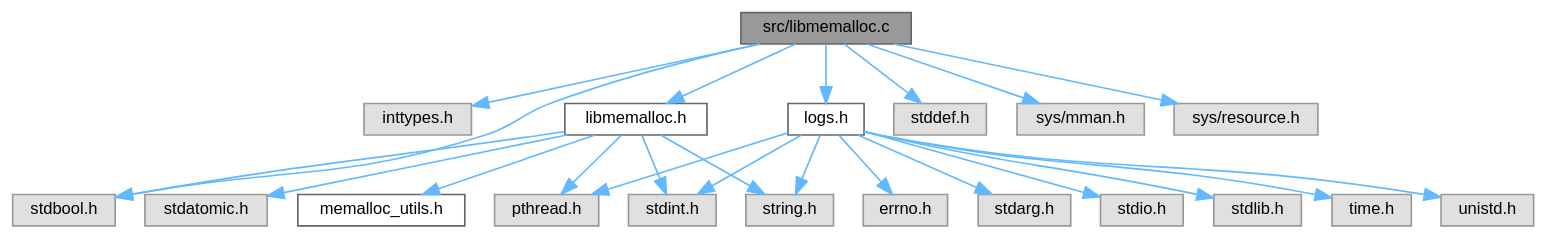
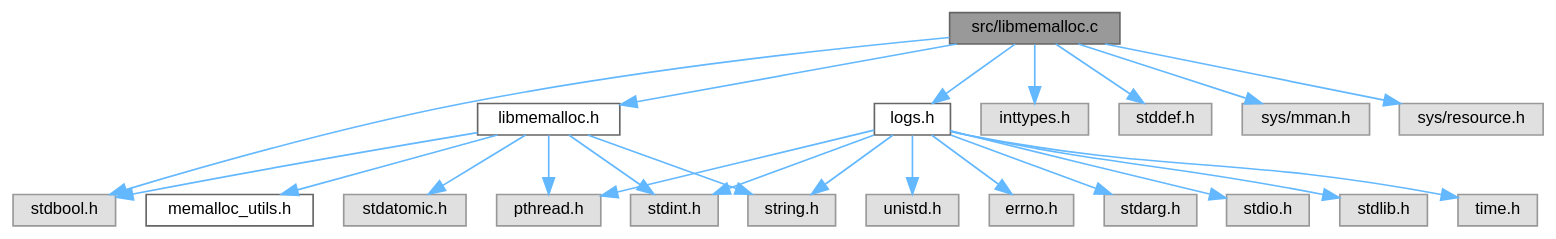
Before and after one commit to RafaelVVolkmer/libmemalloc: the diagram in libmemalloc_8c__incl.dot, drawn with Graphviz. The commit also changed 34 other files, not shown here.

```diff
--- a/libmemalloc_8c__incl.dot
+++ b/libmemalloc_8c__incl.dot
@@ -1,48 +1,48 @@
 digraph "src/libmemalloc.c"
 {
  // LATEX_PDF_SIZE
   bgcolor="transparent";
   edge [fontname=Helvetica,fontsize=10,labelfontname=Helvetica,labelfontsize=10];
   node [fontname=Helvetica,fontsize=10,shape=box,height=0.2,width=0.4];
   Node1 [id="Node000001",label="src/libmemalloc.c",height=0.2,width=0.4,color="gray40", fillcolor="grey60", style="filled", fontcolor="black",tooltip="Core memory management components for libmemalloc."];
   Node1 -> Node2 [id="edge1_Node000001_Node000002",color="steelblue1",style="solid",tooltip=" "];
-  Node2 [id="Node000002",label="inttypes.h",height=0.2,width=0.4,color="grey60", fillcolor="#E0E0E0", style="filled",tooltip=" "];
-  Node1 -> Node3 [id="edge2_Node000001_Node000003",color="steelblue1",style="solid",tooltip=" "];
-  Node3 [id="Node000003",label="stdbool.h",height=0.2,width=0.4,color="grey60", fillcolor="#E0E0E0", style="filled",tooltip=" "];
-  Node1 -> Node4 [id="edge3_Node000001_Node000004",color="steelblue1",style="solid",tooltip=" "];
-  Node4 [id="Node000004",label="stddef.h",height=0.2,width=0.4,color="grey60", fillcolor="#E0E0E0", style="filled",tooltip=" "];
-  Node1 -> Node5 [id="edge4_Node000001_Node000005",color="steelblue1",style="solid",tooltip=" "];
-  Node5 [id="Node000005",label="sys/mman.h",height=0.2,width=0.4,color="grey60", fillcolor="#E0E0E0", style="filled",tooltip=" "];
-  Node1 -> Node6 [id="edge5_Node000001_Node000006",color="steelblue1",style="solid",tooltip=" "];
-  Node6 [id="Node000006",label="sys/resource.h",height=0.2,width=0.4,color="grey60", fillcolor="#E0E0E0", style="filled",tooltip=" "];
-  Node1 -> Node7 [id="edge6_Node000001_Node000007",color="steelblue1",style="solid",tooltip=" "];
-  Node7 [id="Node000007",label="libmemalloc.h",height=0.2,width=0.4,color="grey40", fillcolor="white", style="filled",URL="$libmemalloc_8h.html",tooltip=" "];
-  Node7 -> Node8 [id="edge7_Node000007_Node000008",color="steelblue1",style="solid",tooltip=" "];
-  Node8 [id="Node000008",label="pthread.h",height=0.2,width=0.4,color="grey60", fillcolor="#E0E0E0", style="filled",tooltip=" "];
-  Node7 -> Node9 [id="edge8_Node000007_Node000009",color="steelblue1",style="solid",tooltip=" "];
-  Node9 [id="Node000009",label="stdatomic.h",height=0.2,width=0.4,color="grey60", fillcolor="#E0E0E0", style="filled",tooltip=" "];
-  Node7 -> Node3 [id="edge9_Node000007_Node000003",color="steelblue1",style="solid",tooltip=" "];
-  Node7 -> Node10 [id="edge10_Node000007_Node000010",color="steelblue1",style="solid",tooltip=" "];
-  Node10 [id="Node000010",label="stdint.h",height=0.2,width=0.4,color="grey60", fillcolor="#E0E0E0", style="filled",tooltip=" "];
-  Node7 -> Node11 [id="edge11_Node000007_Node000011",color="steelblue1",style="solid",tooltip=" "];
-  Node11 [id="Node000011",label="string.h",height=0.2,width=0.4,color="grey60", fillcolor="#E0E0E0", style="filled",tooltip=" "];
-  Node7 -> Node12 [id="edge12_Node000007_Node000012",color="steelblue1",style="solid",tooltip=" "];
-  Node12 [id="Node000012",label="memalloc_utils.h",height=0.2,width=0.4,color="grey40", fillcolor="white", style="filled",URL="$memalloc__utils_8h.html",tooltip=" "];
-  Node1 -> Node13 [id="edge13_Node000001_Node000013",color="steelblue1",style="solid",tooltip=" "];
-  Node13 [id="Node000013",label="logs.h",height=0.2,width=0.4,color="grey40", fillcolor="white", style="filled",URL="$logs_8h.html",tooltip="Logging macros and configuration for libmemalloc."];
-  Node13 -> Node14 [id="edge14_Node000013_Node000014",color="steelblue1",style="solid",tooltip=" "];
-  Node14 [id="Node000014",label="errno.h",height=0.2,width=0.4,color="grey60", fillcolor="#E0E0E0", style="filled",tooltip=" "];
-  Node13 -> Node8 [id="edge15_Node000013_Node000008",color="steelblue1",style="solid",tooltip=" "];
-  Node13 -> Node15 [id="edge16_Node000013_Node000015",color="steelblue1",style="solid",tooltip=" "];
-  Node15 [id="Node000015",label="stdarg.h",height=0.2,width=0.4,color="grey60", fillcolor="#E0E0E0", style="filled",tooltip=" "];
-  Node13 -> Node10 [id="edge17_Node000013_Node000010",color="steelblue1",style="solid",tooltip=" "];
-  Node13 -> Node16 [id="edge18_Node000013_Node000016",color="steelblue1",style="solid",tooltip=" "];
-  Node16 [id="Node000016",label="stdio.h",height=0.2,width=0.4,color="grey60", fillcolor="#E0E0E0", style="filled",tooltip=" "];
-  Node13 -> Node17 [id="edge19_Node000013_Node000017",color="steelblue1",style="solid",tooltip=" "];
-  Node17 [id="Node000017",label="stdlib.h",height=0.2,width=0.4,color="grey60", fillcolor="#E0E0E0", style="filled",tooltip=" "];
-  Node13 -> Node11 [id="edge20_Node000013_Node000011",color="steelblue1",style="solid",tooltip=" "];
-  Node13 -> Node18 [id="edge21_Node000013_Node000018",color="steelblue1",style="solid",tooltip=" "];
-  Node18 [id="Node000018",label="time.h",height=0.2,width=0.4,color="grey60", fillcolor="#E0E0E0", style="filled",tooltip=" "];
-  Node13 -> Node19 [id="edge22_Node000013_Node000019",color="steelblue1",style="solid",tooltip=" "];
-  Node19 [id="Node000019",label="unistd.h",height=0.2,width=0.4,color="grey60", fillcolor="#E0E0E0", style="filled",tooltip=" "];
+  Node2 [id="Node000002",label="libmemalloc.h",height=0.2,width=0.4,color="grey40", fillcolor="white", style="filled",URL="$libmemalloc_8h.html",tooltip=" "];
+  Node2 -> Node3 [id="edge2_Node000002_Node000003",color="steelblue1",style="solid",tooltip=" "];
+  Node3 [id="Node000003",label="memalloc_utils.h",height=0.2,width=0.4,color="grey40", fillcolor="white", style="filled",URL="$memalloc__utils_8h.html",tooltip=" "];
+  Node2 -> Node4 [id="edge3_Node000002_Node000004",color="steelblue1",style="solid",tooltip=" "];
+  Node4 [id="Node000004",label="pthread.h",height=0.2,width=0.4,color="grey60", fillcolor="#E0E0E0", style="filled",tooltip=" "];
+  Node2 -> Node5 [id="edge4_Node000002_Node000005",color="steelblue1",style="solid",tooltip=" "];
+  Node5 [id="Node000005",label="stdatomic.h",height=0.2,width=0.4,color="grey60", fillcolor="#E0E0E0", style="filled",tooltip=" "];
+  Node2 -> Node6 [id="edge5_Node000002_Node000006",color="steelblue1",style="solid",tooltip=" "];
+  Node6 [id="Node000006",label="stdbool.h",height=0.2,width=0.4,color="grey60", fillcolor="#E0E0E0", style="filled",tooltip=" "];
+  Node2 -> Node7 [id="edge6_Node000002_Node000007",color="steelblue1",style="solid",tooltip=" "];
+  Node7 [id="Node000007",label="stdint.h",height=0.2,width=0.4,color="grey60", fillcolor="#E0E0E0", style="filled",tooltip=" "];
+  Node2 -> Node8 [id="edge7_Node000002_Node000008",color="steelblue1",style="solid",tooltip=" "];
+  Node8 [id="Node000008",label="string.h",height=0.2,width=0.4,color="grey60", fillcolor="#E0E0E0", style="filled",tooltip=" "];
+  Node1 -> Node9 [id="edge8_Node000001_Node000009",color="steelblue1",style="solid",tooltip=" "];
+  Node9 [id="Node000009",label="logs.h",height=0.2,width=0.4,color="grey40", fillcolor="white", style="filled",URL="$logs_8h.html",tooltip="Logging macros and configuration for libmemalloc."];
+  Node9 -> Node10 [id="edge9_Node000009_Node000010",color="steelblue1",style="solid",tooltip=" "];
+  Node10 [id="Node000010",label="errno.h",height=0.2,width=0.4,color="grey60", fillcolor="#E0E0E0", style="filled",tooltip=" "];
+  Node9 -> Node4 [id="edge10_Node000009_Node000004",color="steelblue1",style="solid",tooltip=" "];
+  Node9 -> Node11 [id="edge11_Node000009_Node000011",color="steelblue1",style="solid",tooltip=" "];
+  Node11 [id="Node000011",label="stdarg.h",height=0.2,width=0.4,color="grey60", fillcolor="#E0E0E0", style="filled",tooltip=" "];
+  Node9 -> Node7 [id="edge12_Node000009_Node000007",color="steelblue1",style="solid",tooltip=" "];
+  Node9 -> Node12 [id="edge13_Node000009_Node000012",color="steelblue1",style="solid",tooltip=" "];
+  Node12 [id="Node000012",label="stdio.h",height=0.2,width=0.4,color="grey60", fillcolor="#E0E0E0", style="filled",tooltip=" "];
+  Node9 -> Node13 [id="edge14_Node000009_Node000013",color="steelblue1",style="solid",tooltip=" "];
+  Node13 [id="Node000013",label="stdlib.h",height=0.2,width=0.4,color="grey60", fillcolor="#E0E0E0", style="filled",tooltip=" "];
+  Node9 -> Node8 [id="edge15_Node000009_Node000008",color="steelblue1",style="solid",tooltip=" "];
+  Node9 -> Node14 [id="edge16_Node000009_Node000014",color="steelblue1",style="solid",tooltip=" "];
+  Node14 [id="Node000014",label="time.h",height=0.2,width=0.4,color="grey60", fillcolor="#E0E0E0", style="filled",tooltip=" "];
+  Node9 -> Node15 [id="edge17_Node000009_Node000015",color="steelblue1",style="solid",tooltip=" "];
+  Node15 [id="Node000015",label="unistd.h",height=0.2,width=0.4,color="grey60", fillcolor="#E0E0E0", style="filled",tooltip=" "];
+  Node1 -> Node16 [id="edge18_Node000001_Node000016",color="steelblue1",style="solid",tooltip=" "];
+  Node16 [id="Node000016",label="inttypes.h",height=0.2,width=0.4,color="grey60", fillcolor="#E0E0E0", style="filled",tooltip=" "];
+  Node1 -> Node6 [id="edge19_Node000001_Node000006",color="steelblue1",style="solid",tooltip=" "];
+  Node1 -> Node17 [id="edge20_Node000001_Node000017",color="steelblue1",style="solid",tooltip=" "];
+  Node17 [id="Node000017",label="stddef.h",height=0.2,width=0.4,color="grey60", fillcolor="#E0E0E0", style="filled",tooltip=" "];
+  Node1 -> Node18 [id="edge21_Node000001_Node000018",color="steelblue1",style="solid",tooltip=" "];
+  Node18 [id="Node000018",label="sys/mman.h",height=0.2,width=0.4,color="grey60", fillcolor="#E0E0E0", style="filled",tooltip=" "];
+  Node1 -> Node19 [id="edge22_Node000001_Node000019",color="steelblue1",style="solid",tooltip=" "];
+  Node19 [id="Node000019",label="sys/resource.h",height=0.2,width=0.4,color="grey60", fillcolor="#E0E0E0", style="filled",tooltip=" "];
 }
```
